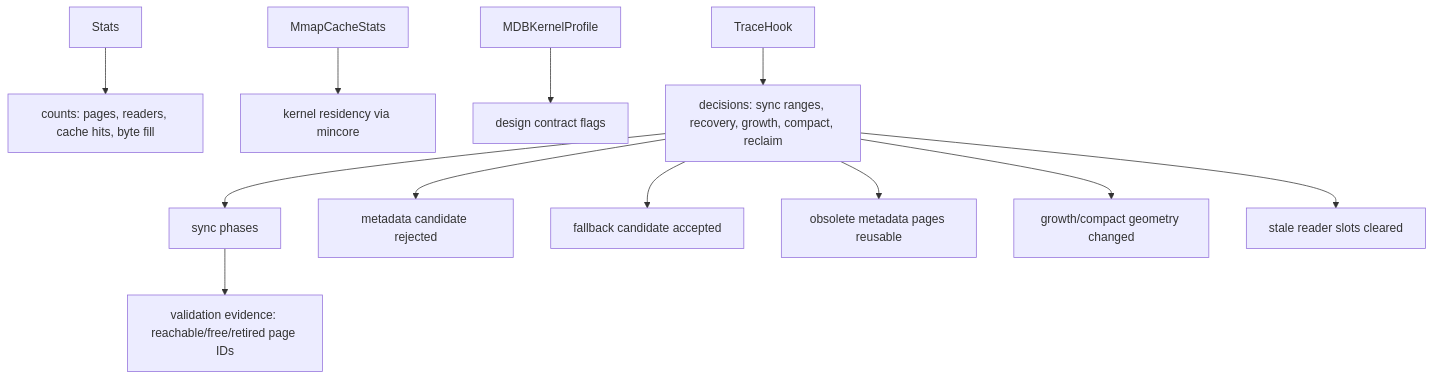
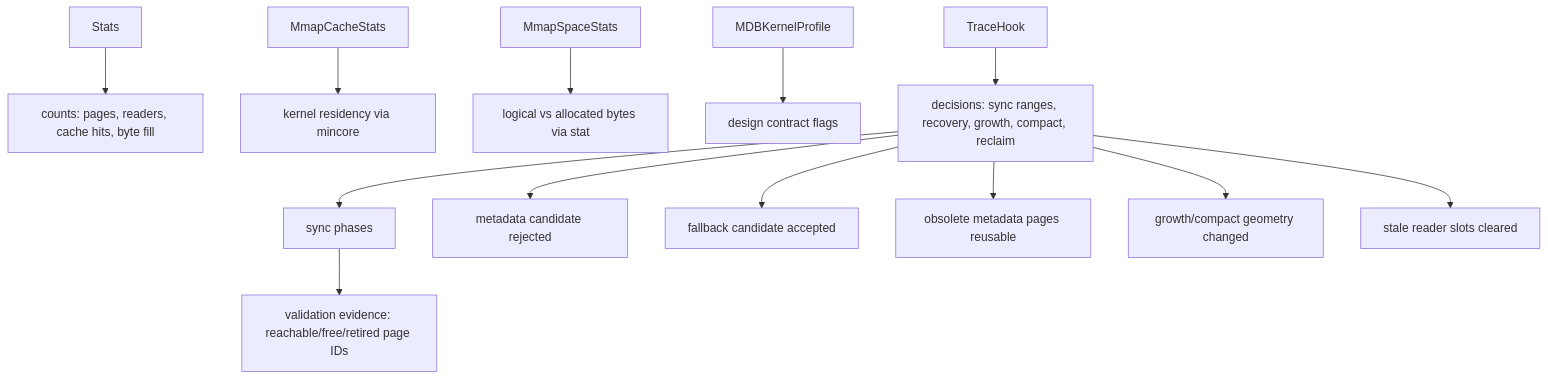
Before and after one commit to hadamrd/cow-btree-course: diagram 17 of 18 in docs/00-storage-engine-course.md, drawn with Mermaid. The commit also changed other lines of this file and 12 other files, not shown here.

Commit message:
feat: report mmap file space stats

````diff
--- a/docs/00-storage-engine-course.md
+++ b/docs/00-storage-engine-course.md
@@ -653,15 +655,16 @@
 ```mermaid
 flowchart TD
     S["Stats"] --> C["counts: pages, readers, cache hits, byte fill"]
     A["Audit"] --> V["validation evidence: reachable/free/retired page IDs"]
     M["MmapCacheStats"] --> R["kernel residency via mincore"]
+    Z["MmapSpaceStats"] --> Y["logical vs allocated bytes via stat"]
     P["MDBKernelProfile"] --> K["design contract flags"]
     T["TraceHook"] --> E["decisions: sync ranges, recovery, growth, compact, reclaim"]
 
     E --> A["sync phases"]
     E --> B["metadata candidate rejected"]
     E --> D["fallback candidate accepted"]
     E --> F["obsolete metadata pages reusable"]
     E --> G["growth/compact geometry changed"]
     E --> H["stale reader slots cleared"]
 ```
````
